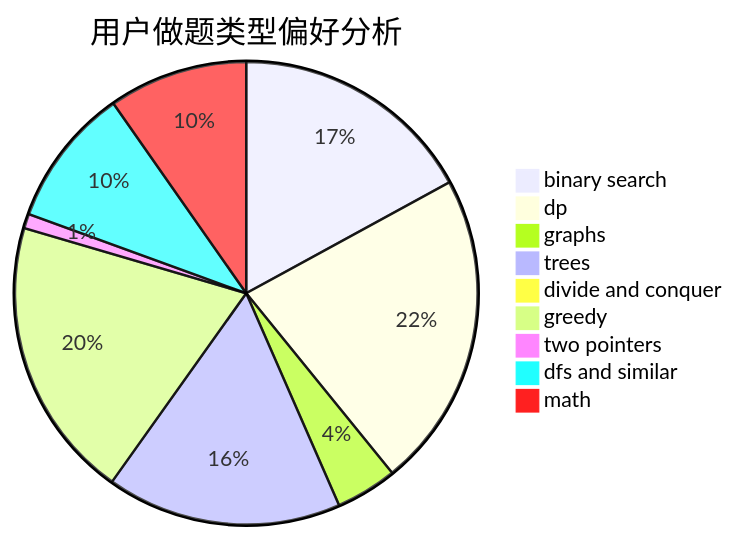
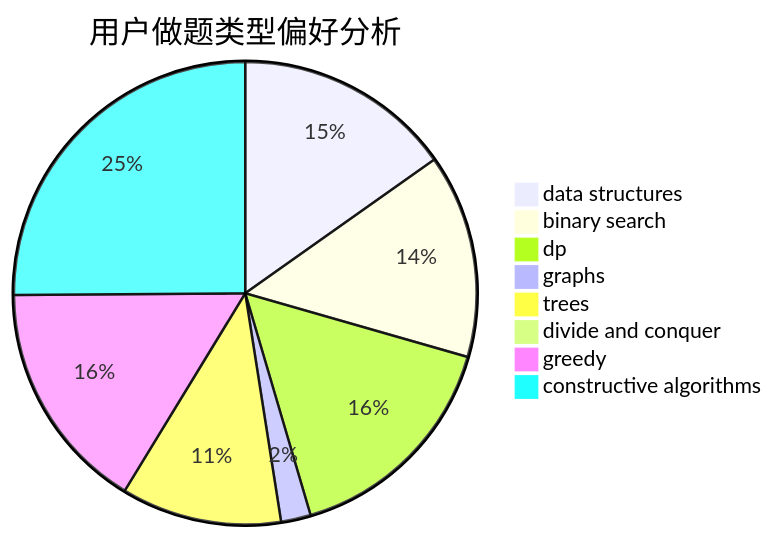
The second of 3 diagrams in docs/user/u289.md (sherpahu/cfrs.github.io), drawn with Mermaid before and after one commit. The commit also changed other lines of this file and 2775 other files, not shown here.

````diff
--- a/docs/user/u289.md
+++ b/docs/user/u289.md
@@ -23,12 +23,11 @@
 ```mermaid
 pie title 用户做题类型偏好分析
-    "binary search" :  135
-    "dp" :  175
-    "graphs" :  34
-    "trees" :  130
+    "data structures" :  95
+    "binary search" :  89
+    "dp" :  100
+    "graphs" :  13
+    "trees" :  70
     "divide and conquer" :  0
-    "greedy" :  156
-    "two pointers" :  8
-    "dfs and similar" :  77
-    "math" :  77
+    "greedy" :  101
+    "constructive algorithms" :  157
 ```
````
